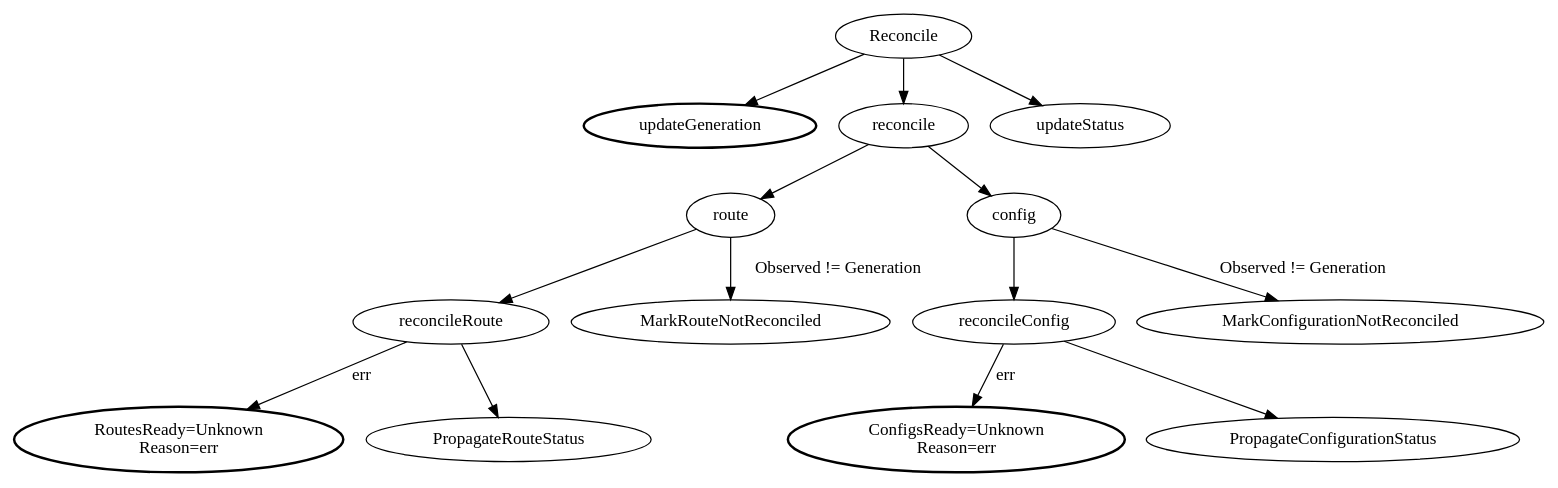
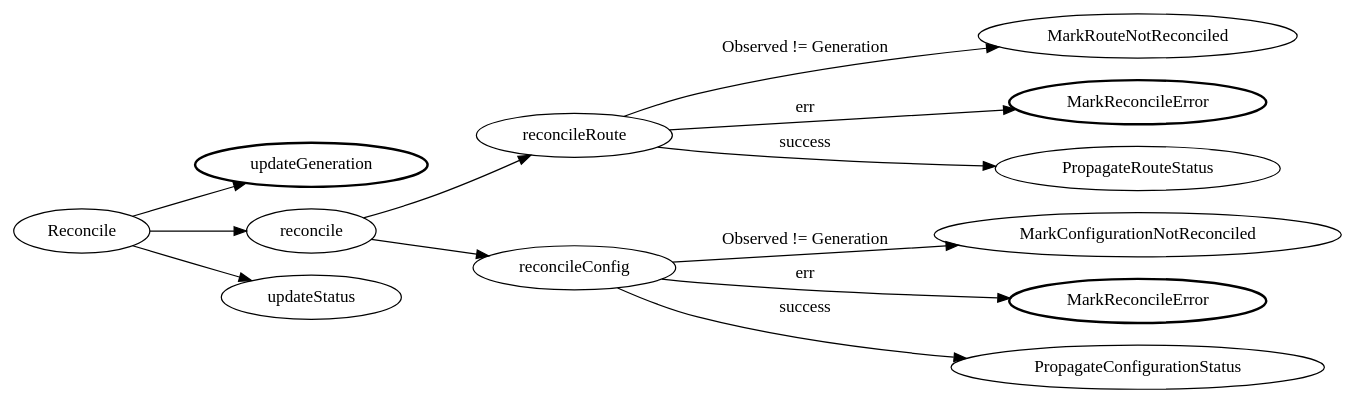
One commit to jonjohnsonjr/graphviz changed the diagram in src/generation.dot. Above: the diagram before and after it, drawn with Graphviz. The commit also changed 5 other files, not shown here.

```diff
--- a/src/generation.dot
+++ b/src/generation.dot
@@ -1,39 +1,34 @@
 digraph generation {
   ordering=out;
+  rankdir=LR;
 
-  RouteUnknownErr [label = "RoutesReady=Unknown\nReason=err", style=bold]
-  MarkRouteNotReconciled  [href="https://godoc.org/github.com/knative/serving/pkg/apis/serving/v1alpha1#MarkRouteNotReconciled"]
-  PropagateRouteStatus [href="https://godoc.org/github.com/knative/serving/pkg/apis/serving/v1alpha1#PropagateRouteStatus"]
+  RouteUnknownErr [label="MarkReconcileError", style=bold]
+  MarkRouteNotReconciled  [href="https://godoc.org/github.com/knative/serving/pkg/apis/serving/v1alpha1#ServiceStatus.MarkRouteNotReconciled"]
+  PropagateRouteStatus [href="https://godoc.org/github.com/knative/serving/pkg/apis/serving/v1alpha1#ServiceStatus.PropagateRouteStatus"]
 
-  ConfigUnknownErr [label = "ConfigsReady=Unknown\nReason=err", style=bold]
-  MarkConfigurationNotReconciled  [href="https://godoc.org/github.com/knative/serving/pkg/apis/serving/v1alpha1#MarkConfigurationNotReconciled"]
-  PropagateConfigurationStatus [href="https://godoc.org/github.com/knative/serving/pkg/apis/serving/v1alpha1#PropagateConfigurationStatus"]
+  ConfigUnknownErr [label="MarkReconcileError", style=bold]
+  MarkConfigurationNotReconciled  [href="https://godoc.org/github.com/knative/serving/pkg/apis/serving/v1alpha1#ServiceStatus.MarkConfigurationNotReconciled"]
+  PropagateConfigurationStatus [href="https://godoc.org/github.com/knative/serving/pkg/apis/serving/v1alpha1#ServiceStatus.PropagateConfigurationStatus"]
 
   Reconcile [href="https://github.com/knative/serving/blob/03b04365f0c9f552298436012a911ce3a32cc3bf/pkg/reconciler/service/service.go#L66"]
   reconcile [href="https://github.com/knative/serving/blob/03b04365f0c9f552298436012a911ce3a32cc3bf/pkg/reconciler/service/service.go#L127"]
-  route [href="https://github.com/knative/serving/blob/03b04365f0c9f552298436012a911ce3a32cc3bf/pkg/reconciler/service/service.go#L220"]
-  config [href="https://github.com/knative/serving/blob/03b04365f0c9f552298436012a911ce3a32cc3bf/pkg/reconciler/service/service.go#L191"]
   reconcileRoute [href="https://github.com/knative/serving/blob/03b04365f0c9f552298436012a911ce3a32cc3bf/pkg/reconciler/service/service.go#L358"]
   reconcileConfig [href="https://github.com/knative/serving/blob/03b04365f0c9f552298436012a911ce3a32cc3bf/pkg/reconciler/service/service.go#L315"]
   updateStatus [href="https://github.com/knative/serving/blob/03b04365f0c9f552298436012a911ce3a32cc3bf/pkg/reconciler/service/service.go#L277"]
   updateGeneration [style=bold]
 
   Reconcile -> updateGeneration
   Reconcile -> reconcile
   Reconcile -> updateStatus
 
-  reconcile -> route
-  reconcile -> config
+  reconcile -> reconcileRoute
+  reconcile -> reconcileConfig
 
-  route -> reconcileRoute
-  route -> MarkRouteNotReconciled [label = "Observed != Generation"]
+  reconcileRoute -> MarkRouteNotReconciled [label = "Observed != Generation"]
+  reconcileRoute -> RouteUnknownErr [label = "err"]
+  reconcileRoute -> PropagateRouteStatus [label="success"]
 
-  reconcileRoute -> RouteUnknownErr [label = "err"]
-  reconcileRoute -> PropagateRouteStatus
-
-  config -> reconcileConfig
-  config -> MarkConfigurationNotReconciled [label = "Observed != Generation"]
-
+  reconcileConfig -> MarkConfigurationNotReconciled [label = "Observed != Generation"]
   reconcileConfig -> ConfigUnknownErr [label = "err"]
-  reconcileConfig -> PropagateConfigurationStatus
+  reconcileConfig -> PropagateConfigurationStatus [label="success"]
 }
```
